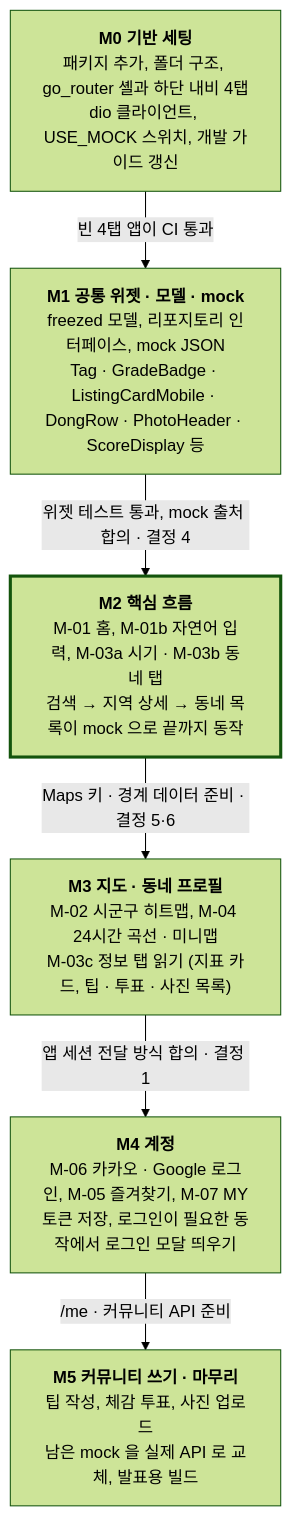
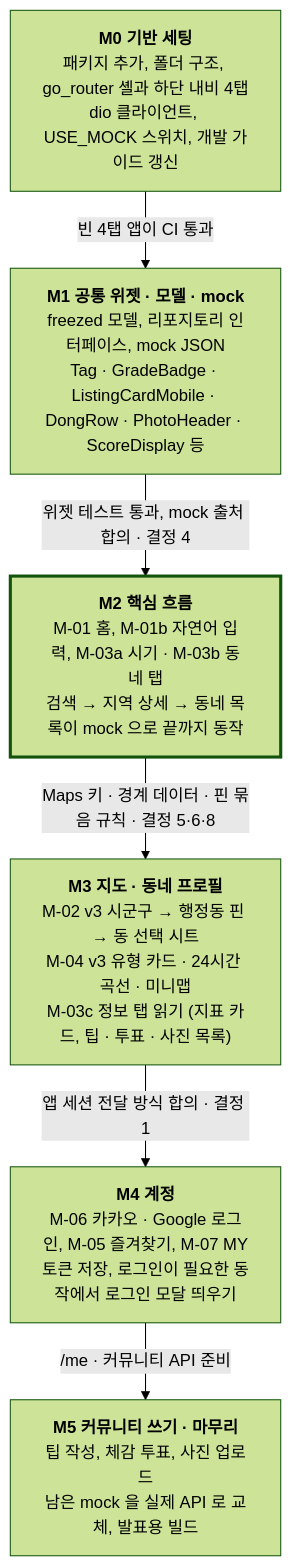
One commit to AKGACHUGGI/workation-mobile changed the diagram in docs/plans/2026-11-08-모바일-구현-plan.md. Above: the diagram before and after it, drawn with Mermaid (forest theme). The commit also changed other lines of this file, not shown here.

First line of the commit message:
docs: 구현 플랜에 M-02 지도 v3 · M-04 동네 프로필 v3 반영 (#8)

````diff
--- a/docs/plans/2026-11-08-모바일-구현-plan.md
+++ b/docs/plans/2026-11-08-모바일-구현-plan.md
@@ -137,15 +157,15 @@
 ```mermaid
 flowchart TD
   M0["<b>M0 기반 세팅</b><br/>패키지 추가, 폴더 구조, go_router 셸과 하단 내비 4탭<br/>dio 클라이언트, USE_MOCK 스위치, 개발 가이드 갱신"]
   M1["<b>M1 공통 위젯 · 모델 · mock</b><br/>freezed 모델, 리포지토리 인터페이스, mock JSON<br/>Tag · GradeBadge · ListingCardMobile · DongRow · PhotoHeader · ScoreDisplay 등"]
   M2["<b>M2 핵심 흐름</b><br/>M-01 홈, M-01b 자연어 입력, M-03a 시기 · M-03b 동네 탭<br/>검색 → 지역 상세 → 동네 목록이 mock 으로 끝까지 동작"]
-  M3["<b>M3 지도 · 동네 프로필</b><br/>M-02 시군구 히트맵, M-04 24시간 곡선 · 미니맵<br/>M-03c 정보 탭 읽기 (지표 카드, 팁 · 투표 · 사진 목록)"]
+  M3["<b>M3 지도 · 동네 프로필</b><br/>M-02 v3 시군구 → 행정동 핀 → 동 선택 시트<br/>M-04 v3 유형 카드 · 24시간 곡선 · 미니맵<br/>M-03c 정보 탭 읽기 (지표 카드, 팁 · 투표 · 사진 목록)"]
   M4["<b>M4 계정</b><br/>M-06 카카오 · Google 로그인, M-05 즐겨찾기, M-07 MY<br/>토큰 저장, 로그인이 필요한 동작에서 로그인 모달 띄우기"]
   M5["<b>M5 커뮤니티 쓰기 · 마무리</b><br/>팁 작성, 체감 투표, 사진 업로드<br/>남은 mock 을 실제 API 로 교체, 발표용 빌드"]
   M0 -->|"빈 4탭 앱이 CI 통과"| M1
   M1 -->|"위젯 테스트 통과, mock 출처 합의 · 결정 4"| M2
-  M2 -->|"Maps 키 · 경계 데이터 준비 · 결정 5·6"| M3
+  M2 -->|"Maps 키 · 경계 데이터 · 핀 묶음 규칙 · 결정 5·6·8"| M3
   M3 -->|"앱 세션 전달 방식 합의 · 결정 1"| M4
   M4 -->|"/me · 커뮤니티 API 준비"| M5
   style M2 stroke-width:3px
 ```
````
